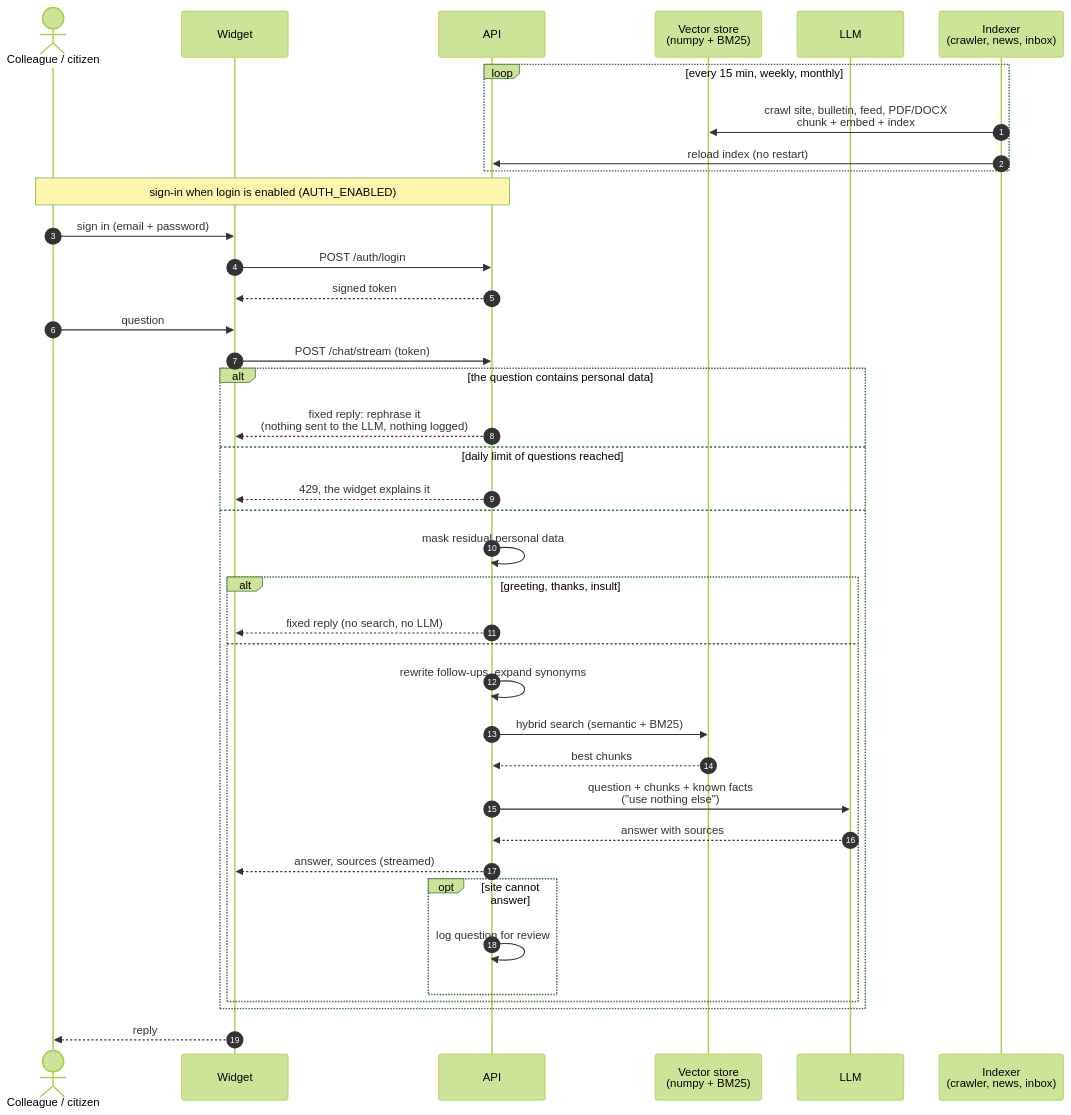
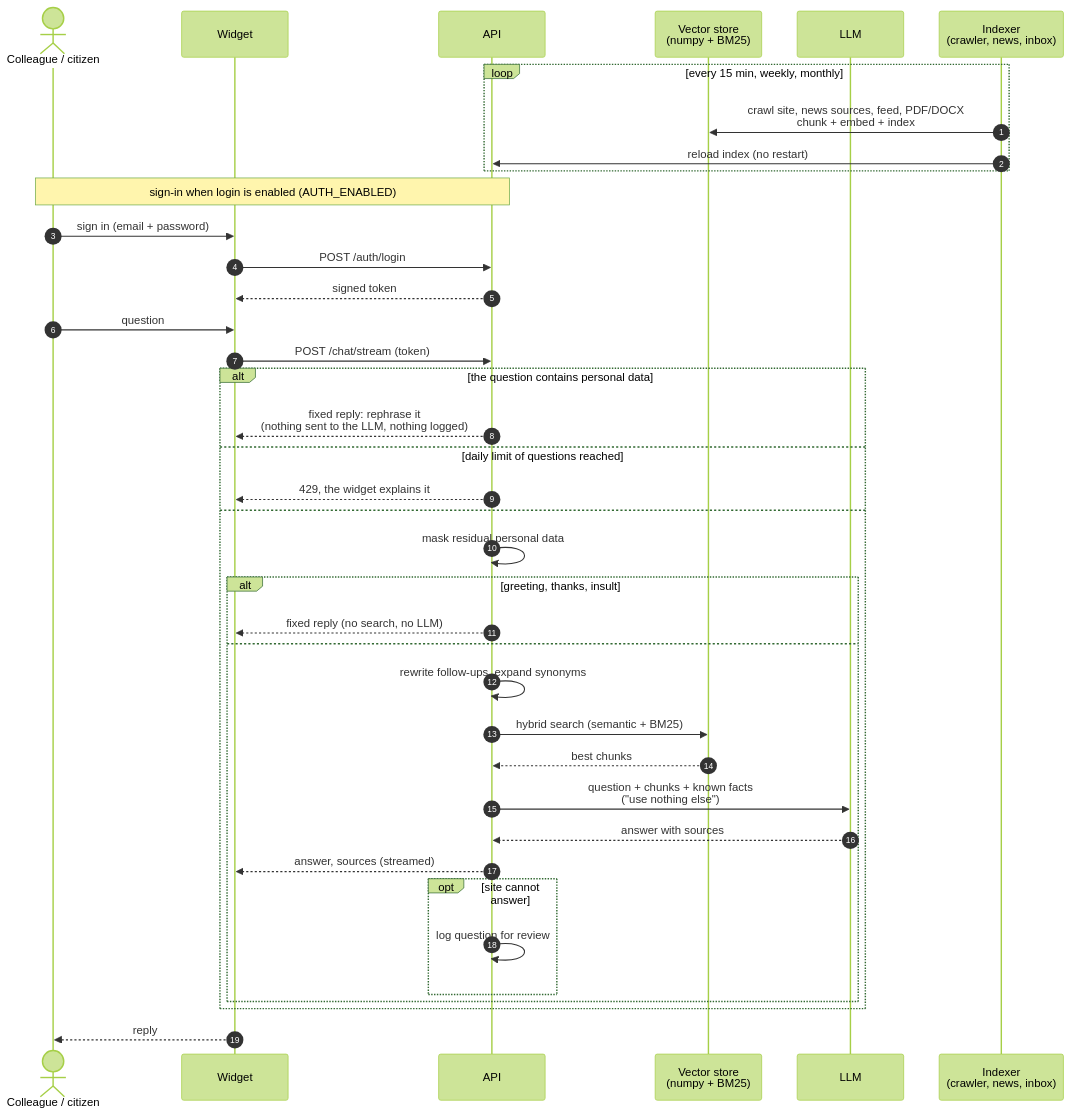
Before and after one commit to Antonio-Prado/zautte: the diagram in README.md, drawn with Mermaid (forest theme). The commit also changed other lines of this file and 5 other files, not shown here.

Commit message:
News sources described generically (WordPress, RSS) in README, documentation and code; complete configuration example

````diff
--- a/README.md
+++ b/README.md
@@ -56,44 +56,44 @@
 ```mermaid
 sequenceDiagram
     autonumber
     actor U as Colleague / citizen
     participant W as Widget
     participant A as API
     participant S as Vector store<br/>(numpy + BM25)
     participant L as LLM
     participant I as Indexer<br/>(crawler, news, inbox)
 
     loop every 15 min, weekly, monthly
-        I->>S: crawl site, bulletin, feed, PDF/DOCX<br/>chunk + embed + index
+        I->>S: crawl site, news sources, feed, PDF/DOCX<br/>chunk + embed + index
         I->>A: reload index (no restart)
     end
 
     Note over U,A: sign-in when login is enabled (AUTH_ENABLED)
     U->>W: sign in (email + password)
     W->>A: POST /auth/login
     A-->>W: signed token
 
     U->>W: question
     W->>A: POST /chat/stream (token)
     alt the question contains personal data
         A-->>W: fixed reply: rephrase it<br/>(nothing sent to the LLM, nothing logged)
     else daily limit of questions reached
         A-->>W: 429, the widget explains it
     else
         A->>A: mask residual personal data
         alt greeting, thanks, insult
             A-->>W: fixed reply (no search, no LLM)
         else
             A->>A: rewrite follow-ups, expand synonyms
             A->>S: hybrid search (semantic + BM25)
             S-->>A: best chunks
             A->>L: question + chunks + known facts<br/>("use nothing else")
             L-->>A: answer with sources
             A-->>W: answer, sources (streamed)
             opt site cannot answer
                 A->>A: log question for review
             end
         end
     end
     W-->>U: reply
 ```
````
